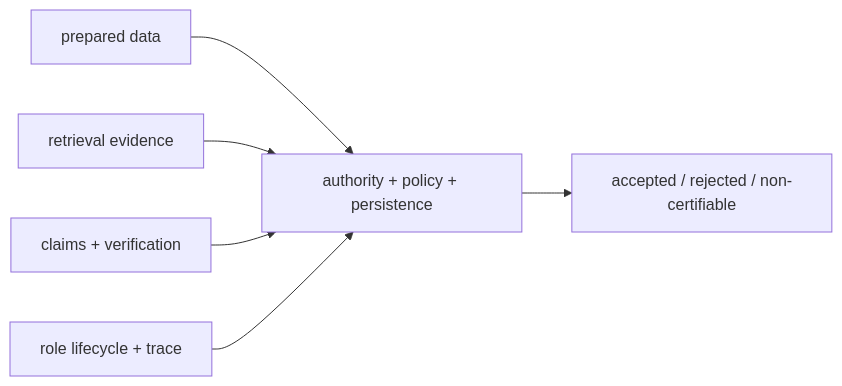
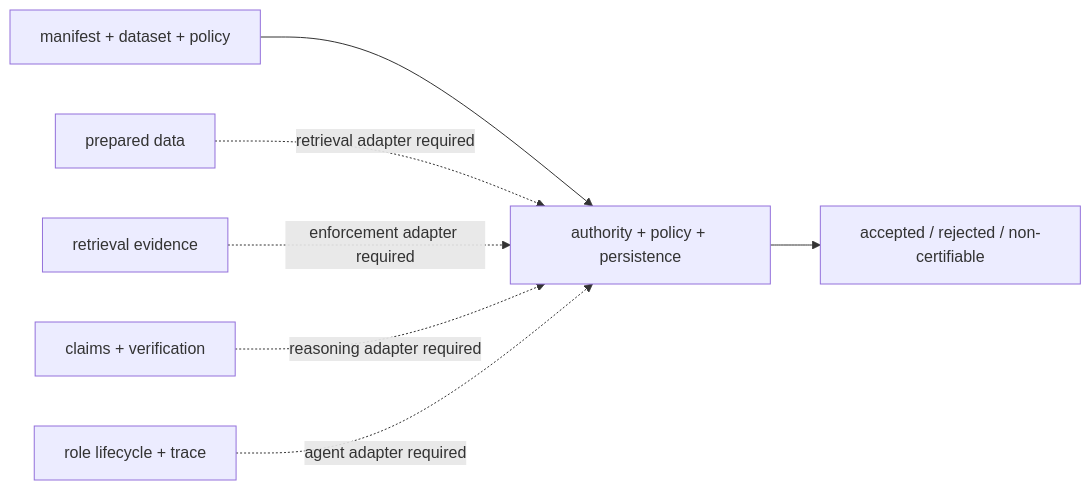
The diagram in docs/06-bijux-canon-runtime/foundation/index.md (bijux/bijux-canon), drawn with Mermaid before and after one commit. The commit also changed other lines of this file and 1 other file, not shown here.

Commit message:
docs(runtime): distinguish demonstrated execution authority

````diff
--- a/docs/06-bijux-canon-runtime/foundation/index.md
+++ b/docs/06-bijux-canon-runtime/foundation/index.md
@@ -19,14 +19,16 @@
 ```mermaid
 flowchart LR
+    manifest["manifest + dataset + policy"]
     ingest["prepared data"]
     index["retrieval evidence"]
     reason["claims + verification"]
     agent["role lifecycle + trace"]
     runtime["authority + policy + persistence"]
     verdict["accepted / rejected / non-certifiable"]
 
-    ingest --> runtime
-    index --> runtime
-    reason --> runtime
-    agent --> runtime --> verdict
+    manifest --> runtime --> verdict
+    ingest -. retrieval adapter required .-> runtime
+    index -. enforcement adapter required .-> runtime
+    reason -. reasoning adapter required .-> runtime
+    agent -. agent adapter required .-> runtime
 ```
````
